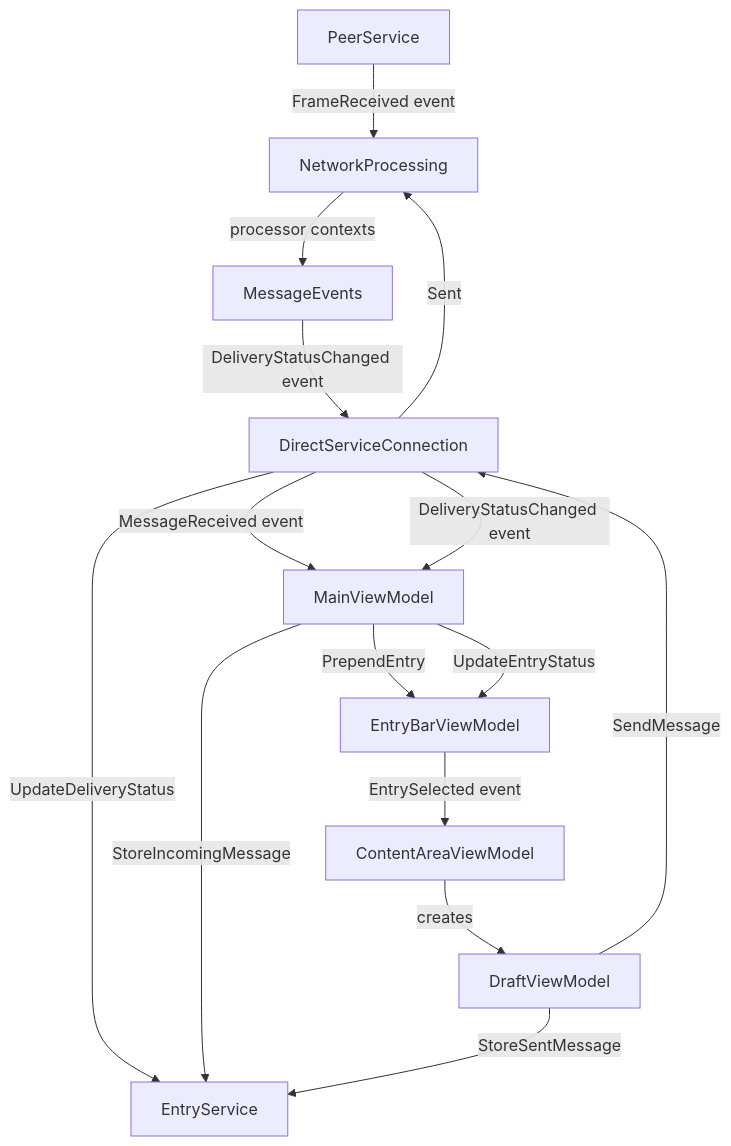
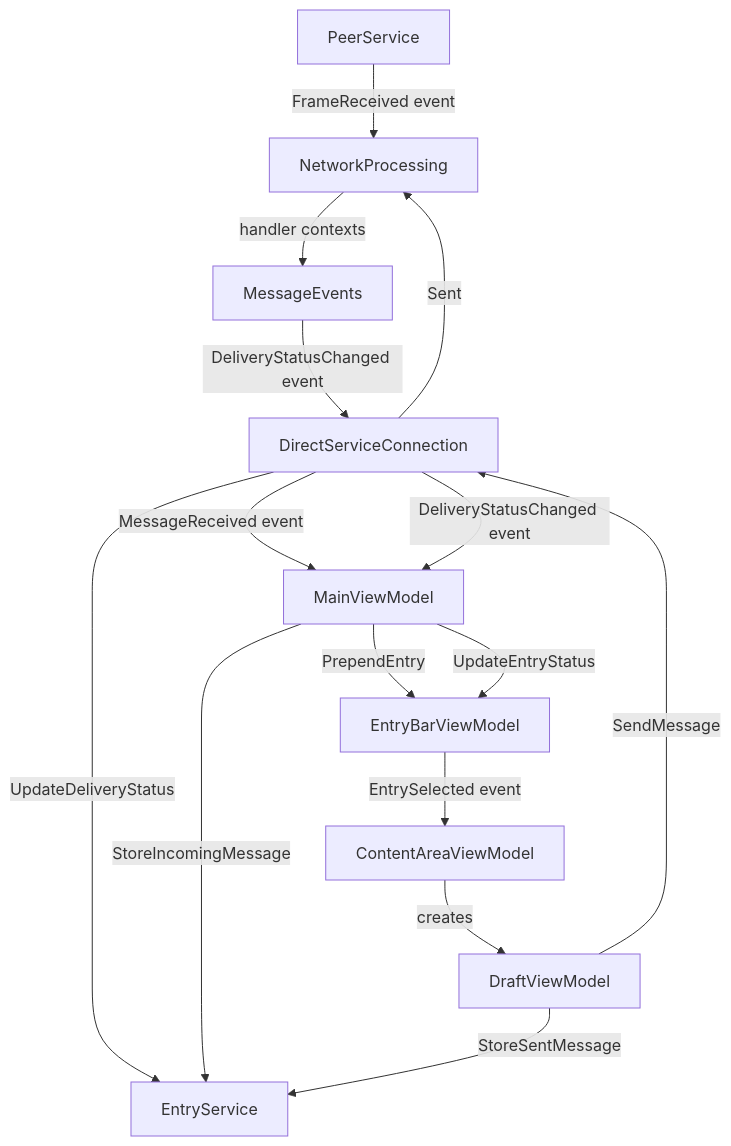
Before and after one commit to Blue-Heighliner/Comlink: the diagram in Docs/Components/Services.md, drawn with Mermaid. The commit also changed other lines of this file and 108 other files, not shown here.

````diff
--- a/Docs/Components/Services.md
+++ b/Docs/Components/Services.md
@@ -5,25 +5,25 @@
 ```mermaid
 graph TD
     PS[PeerService]
     DSC[DirectServiceConnection]
     NP[NetworkProcessing]
     ES[EntryService]
     MVM[MainViewModel]
     DVM[DraftViewModel]
     EBV[EntryBarViewModel]
     CAV[ContentAreaViewModel]
     PS -->|FrameReceived event| NP
     DSC -->|Sent| NP
-    NP -->|processor contexts| ME[MessageEvents]
+    NP -->|handler contexts| ME[MessageEvents]
     ME -->|DeliveryStatusChanged event| DSC
     DSC -->|UpdateDeliveryStatus| ES
     DSC -->|MessageReceived event| MVM
     DSC -->|DeliveryStatusChanged event| MVM
     MVM -->|StoreIncomingMessage| ES
     CAV -->|creates| DVM
     DVM -->|SendMessage| DSC
     DVM -->|StoreSentMessage| ES
     MVM -->|PrependEntry| EBV
     MVM -->|UpdateEntryStatus| EBV
     EBV -->|EntrySelected event| CAV
 ```
````
